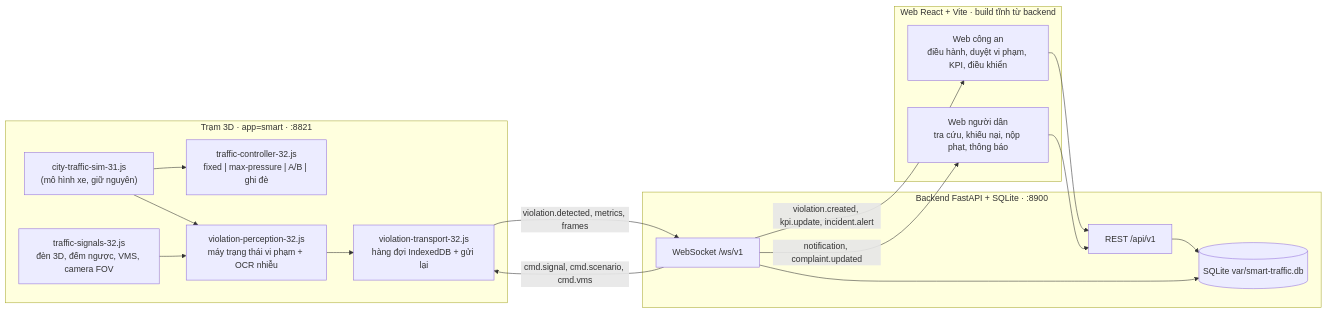
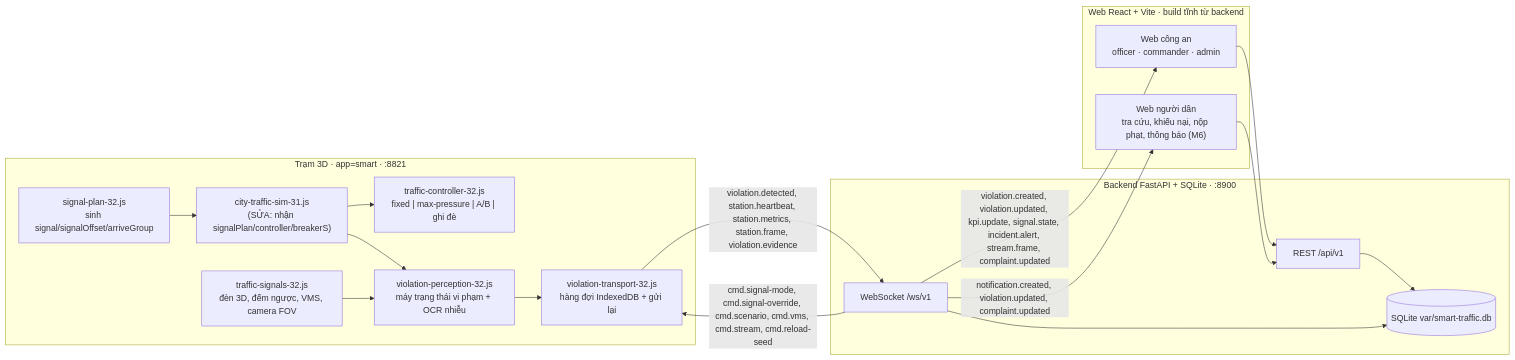
The diagram in docs/superpowers/specs/2026-10-14-smart-traffic-bac-design.md (Kietvo2k/SaiGon_SMTF), drawn with Mermaid before and after one commit. The commit also changed other lines of this file, not shown here.

Commit message:
Đặc tả Smart Traffic: sửa theo check chéo (đèn Hàng Xanh, hợp đồng, nghiệm thu, chuỗi cấm, bảo mật)

````diff
--- a/docs/superpowers/specs/2026-10-14-smart-traffic-bac-design.md
+++ b/docs/superpowers/specs/2026-10-14-smart-traffic-bac-design.md
@@ -87,34 +87,36 @@
 ```mermaid
 flowchart LR
   subgraph TRAM["Trạm 3D · app=smart · :8821"]
-    SIM["city-traffic-sim-31.js<br/>(mô hình xe, giữ nguyên)"]
+    SIM["city-traffic-sim-31.js<br/>(SỬA: nhận signalPlan/controller/breakerS)"]
+    PLAN["signal-plan-32.js<br/>sinh signal/signalOffset/arriveGroup"]
     CTL["traffic-controller-32.js<br/>fixed | max-pressure | A/B | ghi đè"]
     SIG["traffic-signals-32.js<br/>đèn 3D, đếm ngược, VMS, camera FOV"]
     PER["violation-perception-32.js<br/>máy trạng thái vi phạm + OCR nhiễu"]
     NET["violation-transport-32.js<br/>hàng đợi IndexedDB + gửi lại"]
+    PLAN --> SIM
     SIM --> CTL
     SIM --> PER
     SIG --> PER
     PER --> NET
   end
 
   subgraph BE["Backend FastAPI + SQLite · :8900"]
     API["REST /api/v1"]
     WS["WebSocket /ws/v1"]
     DB[("SQLite var/smart-traffic.db")]
     API --> DB
     WS --> DB
   end
 
   subgraph WEB["Web React + Vite · build tĩnh từ backend"]
-    POL["Web công an<br/>điều hành, duyệt vi phạm, KPI, điều khiển"]
-    CIT["Web người dân<br/>tra cứu, khiếu nại, nộp phạt, thông báo"]
+    OFF["Web công an<br/>officer · commander · admin"]
+    CIT["Web người dân<br/>tra cứu, khiếu nại, nộp phạt, thông báo (M6)"]
   end
 
-  NET -->|"violation.detected, metrics, frames"| WS
-  WS -->|"cmd.signal, cmd.scenario, cmd.vms"| NET
-  WS -->|"violation.created, kpi.update, incident.alert"| POL
-  WS -->|"notification, complaint.updated"| CIT
-  POL --> API
+  NET -->|"violation.detected, station.heartbeat, station.metrics, station.frame, violation.evidence"| WS
+  WS -->|"cmd.signal-mode, cmd.signal-override, cmd.scenario, cmd.vms, cmd.stream, cmd.reload-seed"| NET
+  WS -->|"violation.created, violation.updated, kpi.update, signal.state, incident.alert, stream.frame, complaint.updated"| OFF
+  WS -->|"notification.created, violation.updated, complaint.updated"| CIT
+  OFF --> API
   CIT --> API
 ```
````
